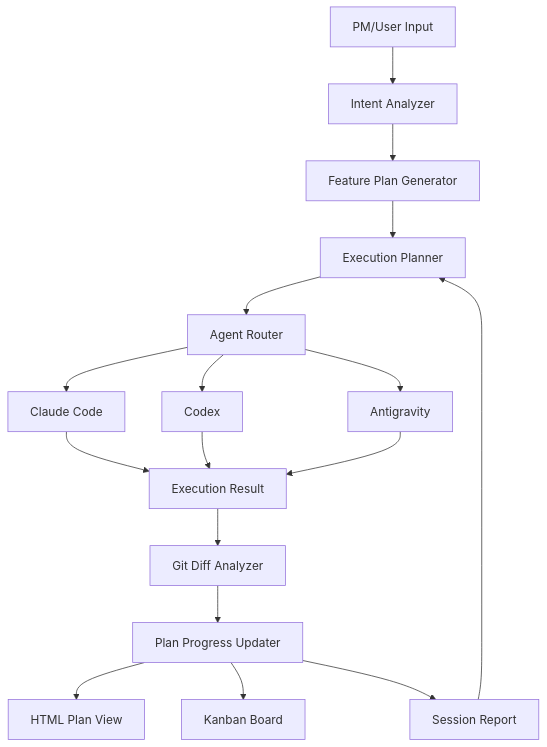
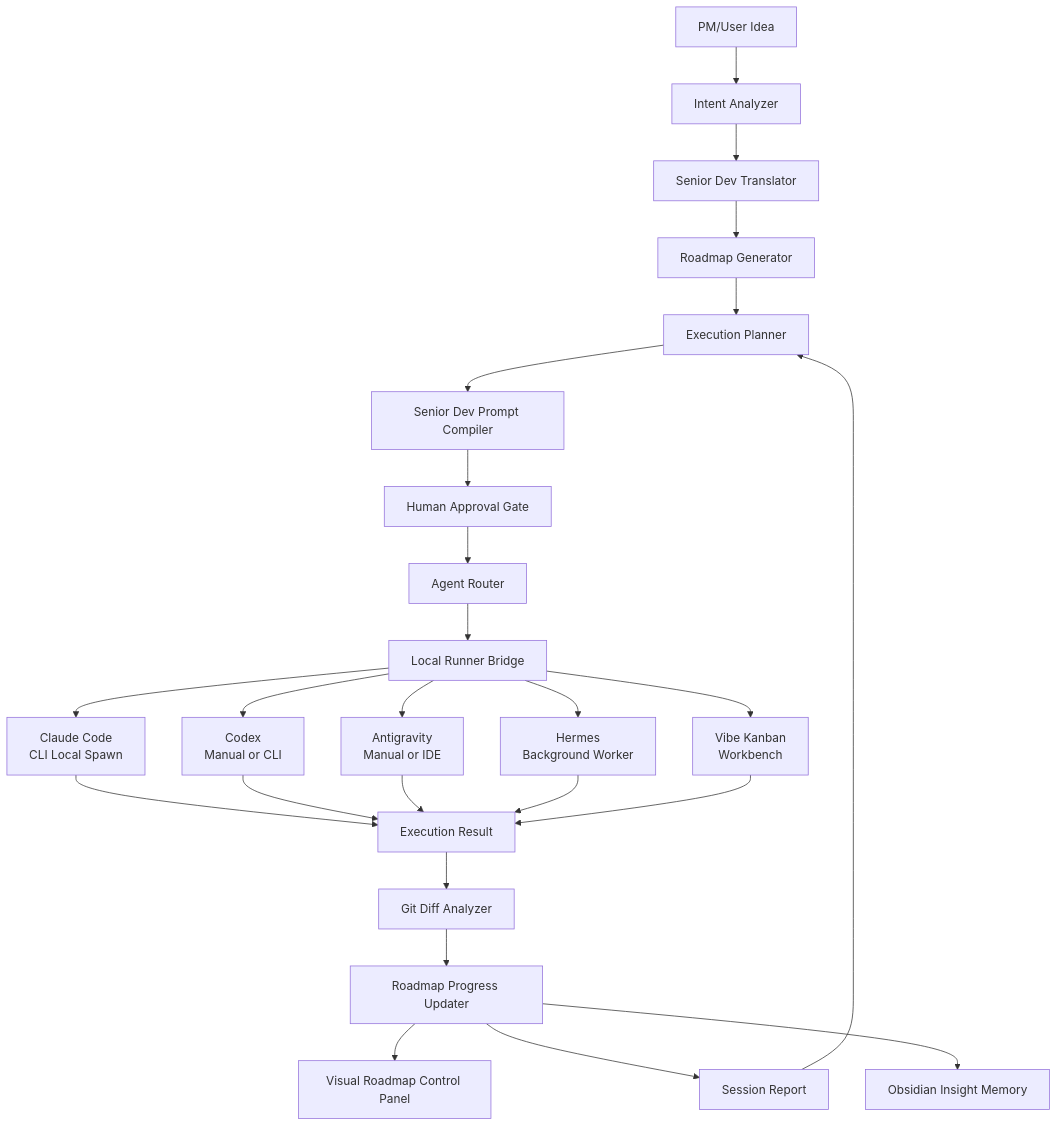
One commit to yangminguy/agent-control-room changed the diagram in docs/ARCHITECTURE.md. Above: the diagram before and after it, drawn with Mermaid. The commit also changed other lines of this file and 5 other files, not shown here.

First line of the commit message:
Reframe: Local Terminal/IDE Automation Architecture

````diff
--- a/docs/ARCHITECTURE.md
+++ b/docs/ARCHITECTURE.md
@@ -26,23 +39,32 @@
 ```mermaid
 graph TD
-    A[PM/User Input] --> B[Intent Analyzer]
-    B --> C[Feature Plan Generator]
-    C --> D[Execution Planner]
-    D --> E[Agent Router]
+    A[PM/User Idea] --> B[Intent Analyzer]
+    B --> C[Senior Dev Translator]
+    C --> D[Roadmap Generator]
+    D --> E[Execution Planner]
+    E --> P[Senior Dev Prompt Compiler]
+    P --> Q[Human Approval Gate]
+    Q --> R[Agent Router]
 
-    E --> F[Claude Code]
-    E --> G[Codex]
-    E --> H[Antigravity]
+    R --> LR[Local Runner Bridge]
+    
+    LR --> F[Claude Code<br/>CLI Local Spawn]
+    LR --> G[Codex<br/>Manual or CLI]
+    LR --> H[Antigravity<br/>Manual or IDE]
+    LR --> O[Hermes<br/>Background Worker]
+    LR --> M[Vibe Kanban<br/>Workbench]
 
     F --> I[Execution Result]
     G --> I
     H --> I
+    O --> I
+    M --> I
 
     I --> J[Git Diff Analyzer]
-    J --> K[Plan Progress Updater]
-    K --> L[HTML Plan View]
-    K --> M[Kanban Board]
+    J --> K[Roadmap Progress Updater]
+    K --> L[Visual Roadmap Control Panel]
     K --> N[Session Report]
+    K --> S[Obsidian Insight Memory]
 
-    N --> D
+    N --> E
 ```
````
